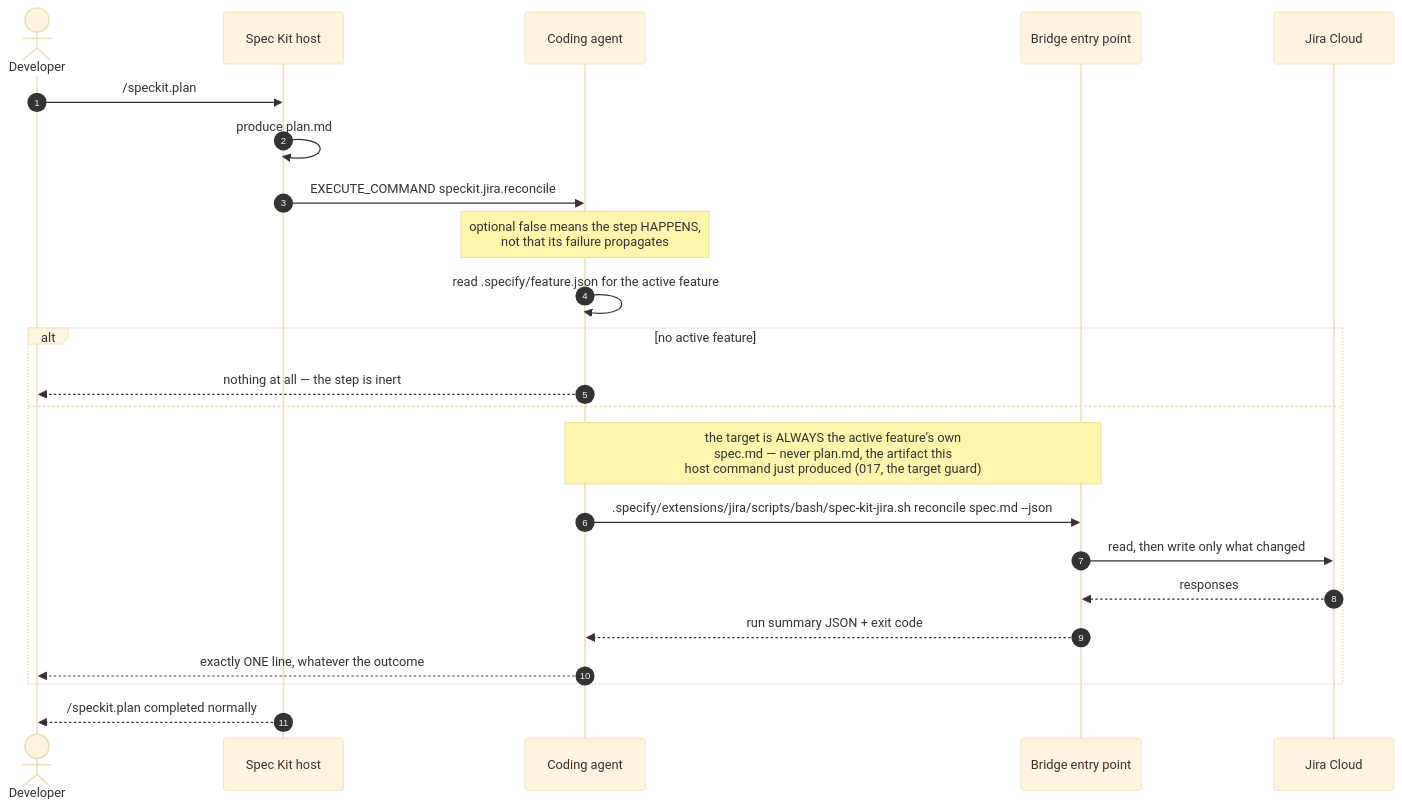
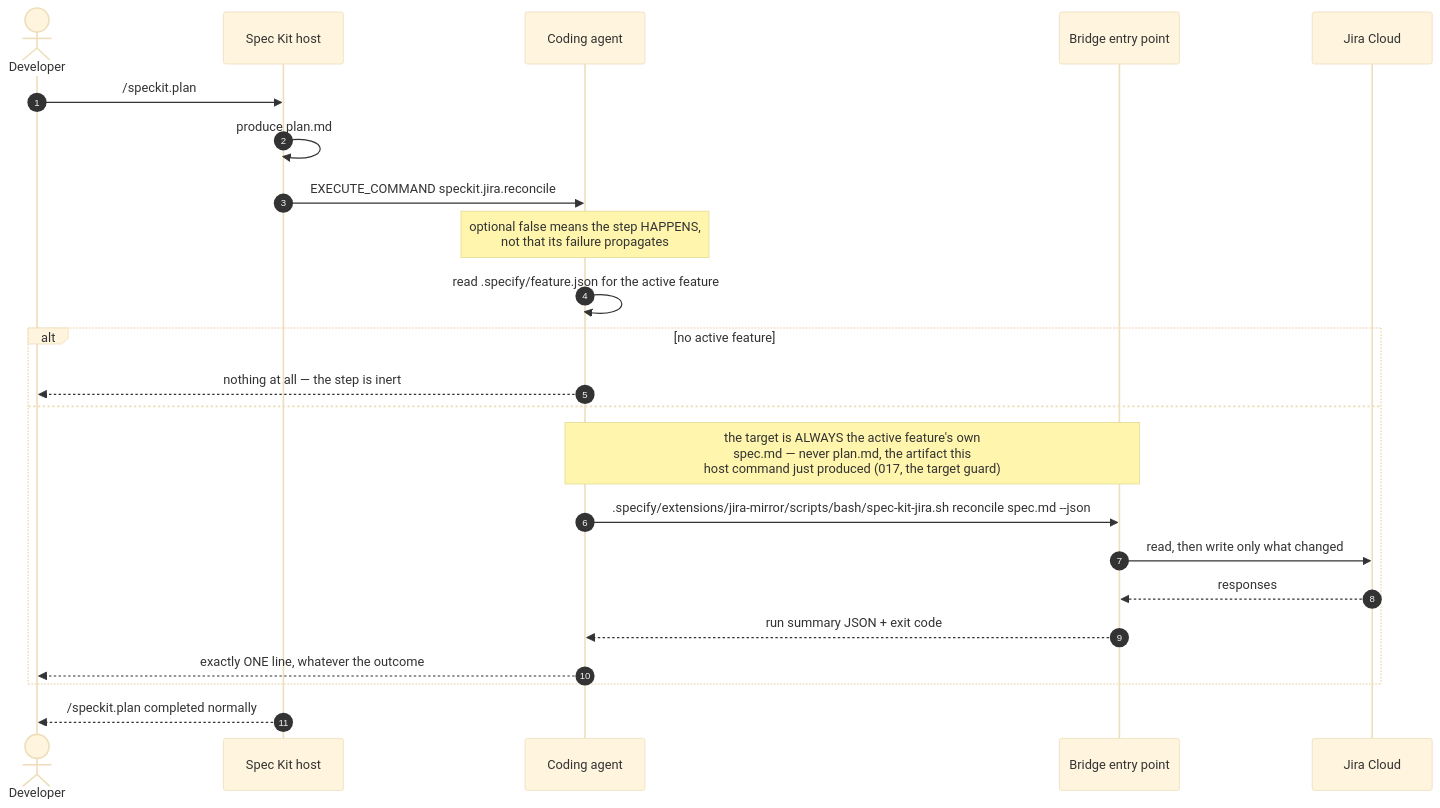
One commit to Fyloss/spec-kit-jira changed the third of 5 diagrams in docs/03-lifecycle-hooks.md. Above: the diagram before and after it, drawn with Mermaid (base theme). The commit also changed other lines of this file and 66 other files, not shown here.

````diff
--- a/docs/03-lifecycle-hooks.md
+++ b/docs/03-lifecycle-hooks.md
@@ -82,27 +82,27 @@
 ```mermaid
 sequenceDiagram
     autonumber
     actor Dev as Developer
     participant Host as Spec Kit host
     participant Agent as Coding agent
     participant Bridge as Bridge entry point
     participant Jira as Jira Cloud
 
     Dev->>Host: /speckit.plan
     Host->>Host: produce plan.md
     Host->>Agent: EXECUTE_COMMAND speckit.jira.reconcile
     Note over Agent: optional false means the step HAPPENS,<br/>not that its failure propagates
 
     Agent->>Agent: read .specify/feature.json for the active feature
     alt no active feature
         Agent-->>Dev: nothing at all — the step is inert
     else
         Note over Agent,Bridge: the target is ALWAYS the active feature's own<br/>spec.md — never plan.md, the artifact this<br/>host command just produced (017, the target guard)
-        Agent->>Bridge: .specify/extensions/jira/scripts/bash/spec-kit-jira.sh reconcile spec.md --json
+        Agent->>Bridge: .specify/extensions/jira-mirror/scripts/bash/spec-kit-jira.sh reconcile spec.md --json
         Bridge->>Jira: read, then write only what changed
         Jira-->>Bridge: responses
         Bridge-->>Agent: run summary JSON + exit code
         Agent-->>Dev: exactly ONE line, whatever the outcome
     end
     Host-->>Dev: /speckit.plan completed normally
 ```
````
